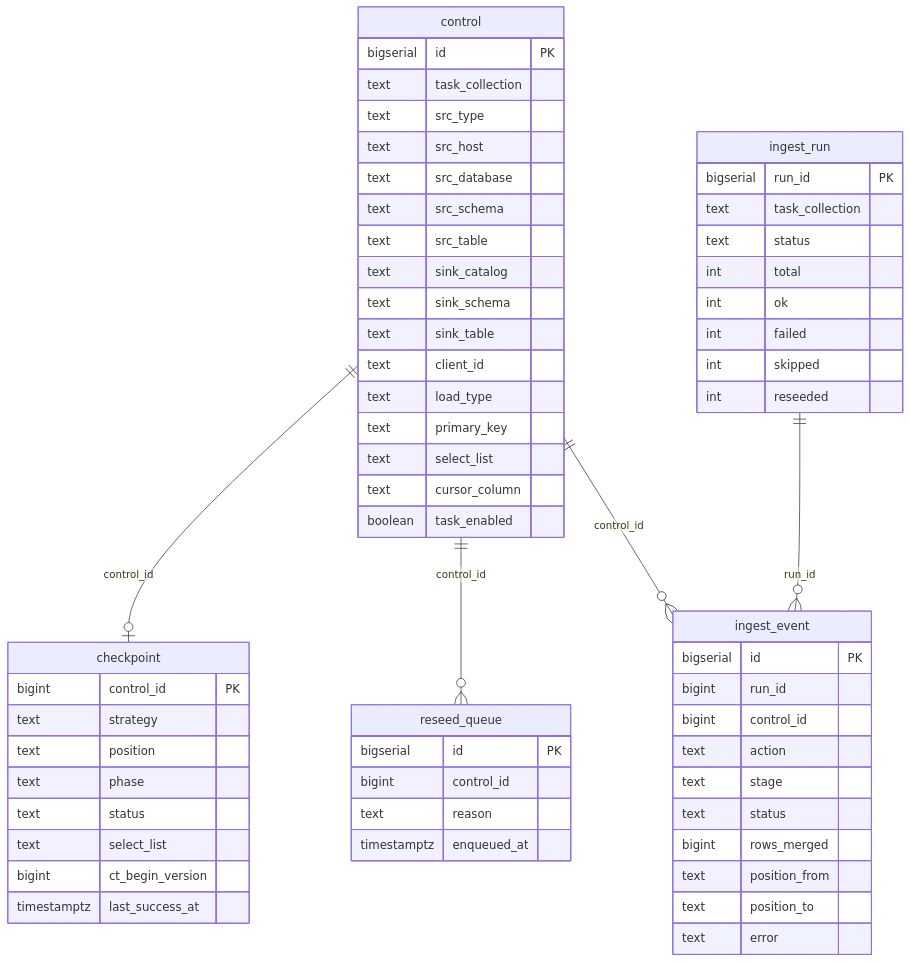
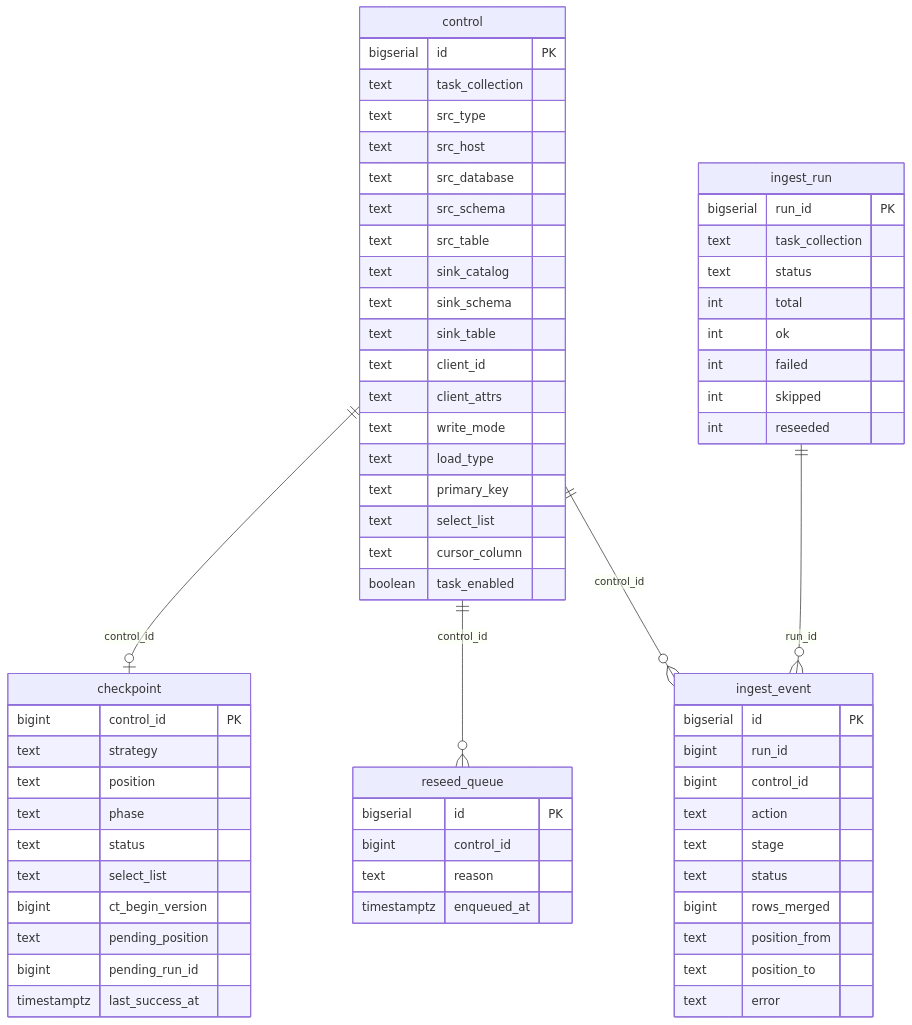
One commit to databricks-solutions/lakefed-ingest changed the first of 2 diagrams in docs/lakebase_schema.md. Above: the diagram before and after it, drawn with Mermaid. The commit also changed other lines of this file and 28 other files, not shown here.

````diff
--- a/docs/lakebase_schema.md
+++ b/docs/lakebase_schema.md
@@ -17,64 +17,68 @@
 ```mermaid
 erDiagram
     control ||--o| checkpoint : "control_id"
     control ||--o{ reseed_queue : "control_id"
     control ||--o{ ingest_event : "control_id"
     ingest_run ||--o{ ingest_event : "run_id"
 
     control {
         bigserial id PK
         text task_collection
         text src_type
         text src_host
         text src_database
         text src_schema
         text src_table
         text sink_catalog
         text sink_schema
         text sink_table
         text client_id
+        text client_attrs
+        text write_mode
         text load_type
         text primary_key
         text select_list
         text cursor_column
         boolean task_enabled
     }
     checkpoint {
         bigint control_id PK
         text strategy
         text position
         text phase
         text status
         text select_list
         bigint ct_begin_version
+        text pending_position
+        bigint pending_run_id
         timestamptz last_success_at
     }
     reseed_queue {
         bigserial id PK
         bigint control_id
         text reason
         timestamptz enqueued_at
     }
     ingest_run {
         bigserial run_id PK
         text task_collection
         text status
         int total
         int ok
         int failed
         int skipped
         int reseeded
     }
     ingest_event {
         bigserial id PK
         bigint run_id
         bigint control_id
         text action
         text stage
         text status
         bigint rows_merged
         text position_from
         text position_to
         text error
     }
 ```
````
